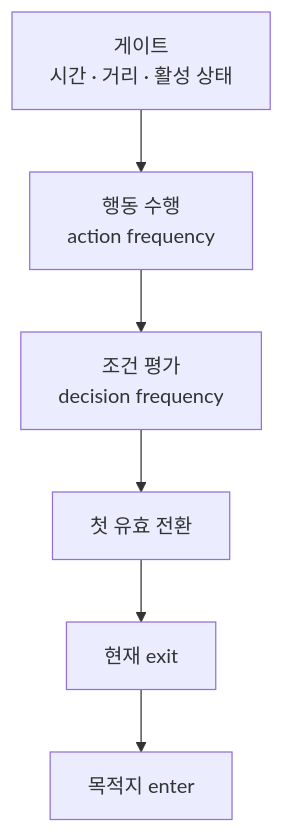
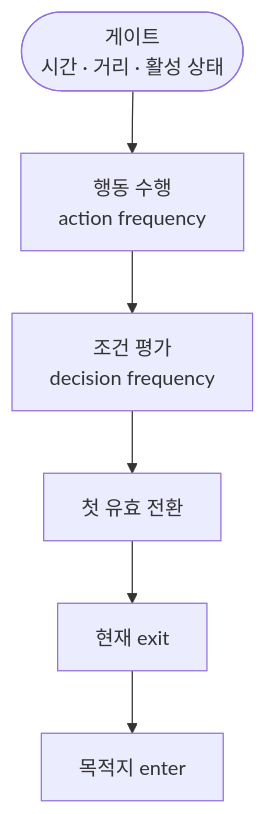
Before and after one commit to monet5379/monet5379.github.io: the diagram in notes/dragon-monster-brain-command.md, drawn with Mermaid. The commit also changed 8 other files, not shown here.

Commit message:
fix(notes): dragon monster·relic·inventory Mermaid visual

````diff
--- a/notes/dragon-monster-brain-command.md
+++ b/notes/dragon-monster-brain-command.md
@@ -48,8 +48,9 @@
 ```mermaid
 flowchart TD
-  G["게이트<br/>시간 · 거리 · 활성 상태"] --> A["행동 수행<br/>action frequency"]
+  G(["게이트<br/>시간 · 거리 · 활성 상태"])
+  G --> A["행동 수행<br/>action frequency"]
   A --> D["조건 평가<br/>decision frequency"]
   D --> T["첫 유효 전환"]
   T --> X["현재 exit"]
   X --> E["목적지 enter"]
 ```
````
